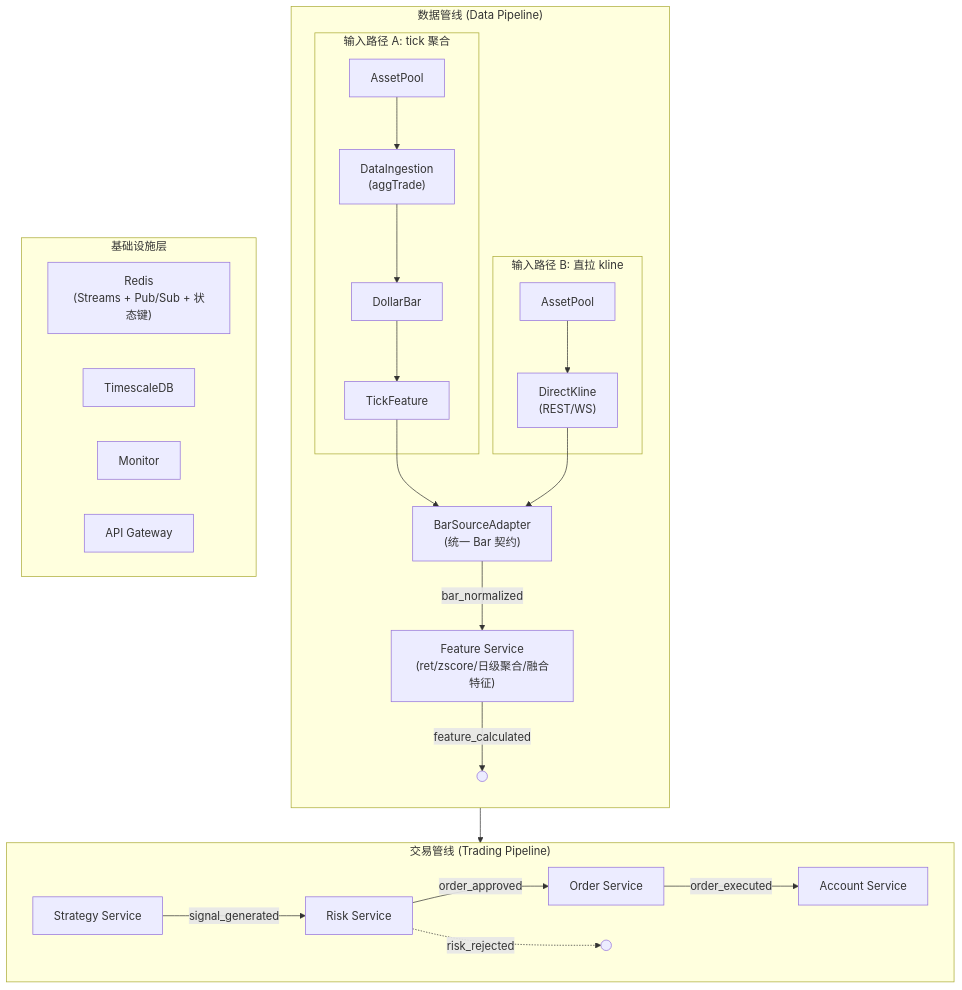
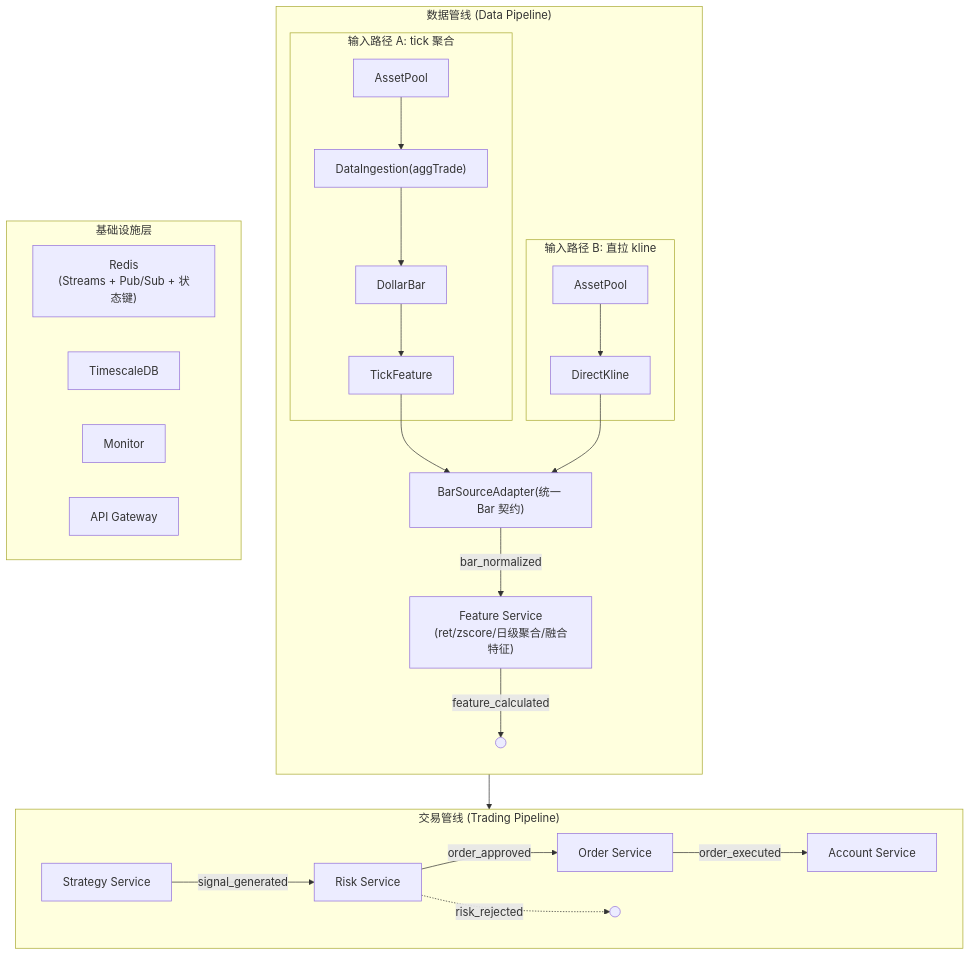
Before and after one commit to DragonQuantt/docs: the first of 5 diagrams in content/architecture/index.md, drawn with Mermaid. The commit also changed 3 other files, not shown here.

````diff
--- a/content/architecture/index.md
+++ b/content/architecture/index.md
@@ -36,35 +36,35 @@
 ```mermaid
 flowchart TD
     subgraph dataPipeline ["数据管线 (Data Pipeline)"]
         direction TB
         subgraph pathA ["输入路径 A: tick 聚合"]
-            AssetPoolA["AssetPool"] --> DataIngestion["DataIngestion\n(aggTrade)"]
+            AssetPoolA["AssetPool"] --> DataIngestion["DataIngestion(aggTrade)"]
             DataIngestion --> DollarBar["DollarBar"]
             DollarBar --> TickFeature["TickFeature"]
         end
         subgraph pathB ["输入路径 B: 直拉 kline"]
-            AssetPoolB["AssetPool"] --> DirectKline["DirectKline\n(REST/WS)"]
+            AssetPoolB["AssetPool"] --> DirectKline["DirectKline"]
         end
-        TickFeature --> BarSourceAdapter["BarSourceAdapter\n(统一 Bar 契约)"]
+        TickFeature --> BarSourceAdapter["BarSourceAdapter(统一 Bar 契约)"]
         DirectKline --> BarSourceAdapter
         BarSourceAdapter -->|bar_normalized| FeatureService["Feature Service\n(ret/zscore/日级聚合/融合特征)"]
         FeatureService -->|feature_calculated| outputData((" "))
     end
 
     subgraph tradingPipeline ["交易管线 (Trading Pipeline)"]
         direction LR
         StrategyService["Strategy Service"] -->|signal_generated| RiskService["Risk Service"]
         RiskService -->|order_approved| OrderService["Order Service"]
         RiskService -.->|risk_rejected| AlertPath((" "))
         OrderService -->|order_executed| AccountService["Account Service"]
     end
 
     subgraph infra ["基础设施层"]
         Redis["Redis\n(Streams + Pub/Sub + 状态键)"]
         TimescaleDB["TimescaleDB"]
         Monitor["Monitor"]
         APIGateway["API Gateway"]
     end
 
     outputData --> StrategyService
 ```
````
